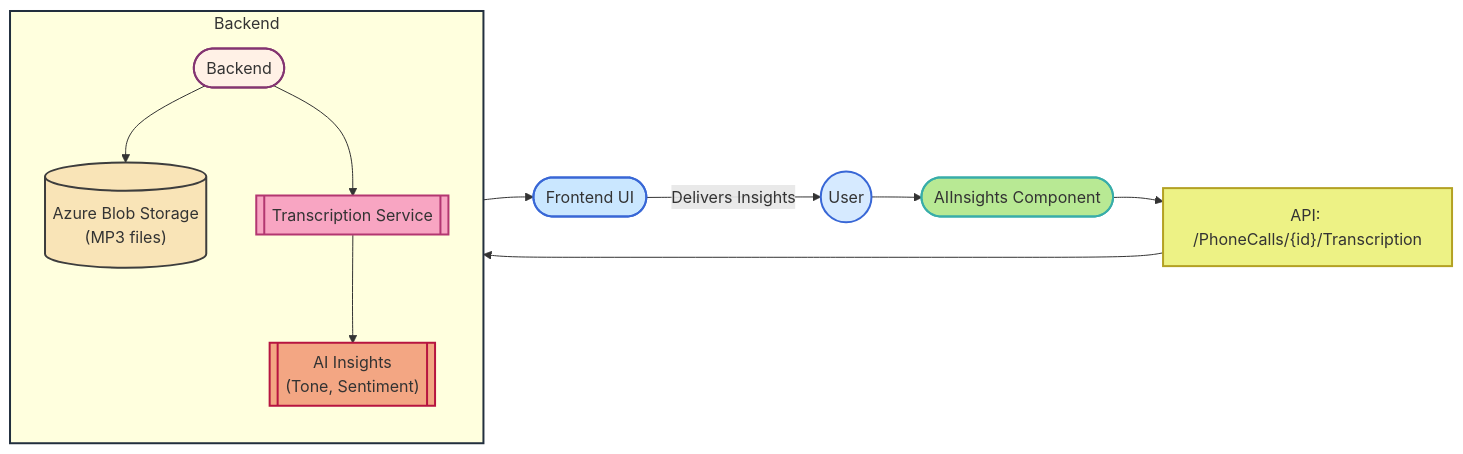
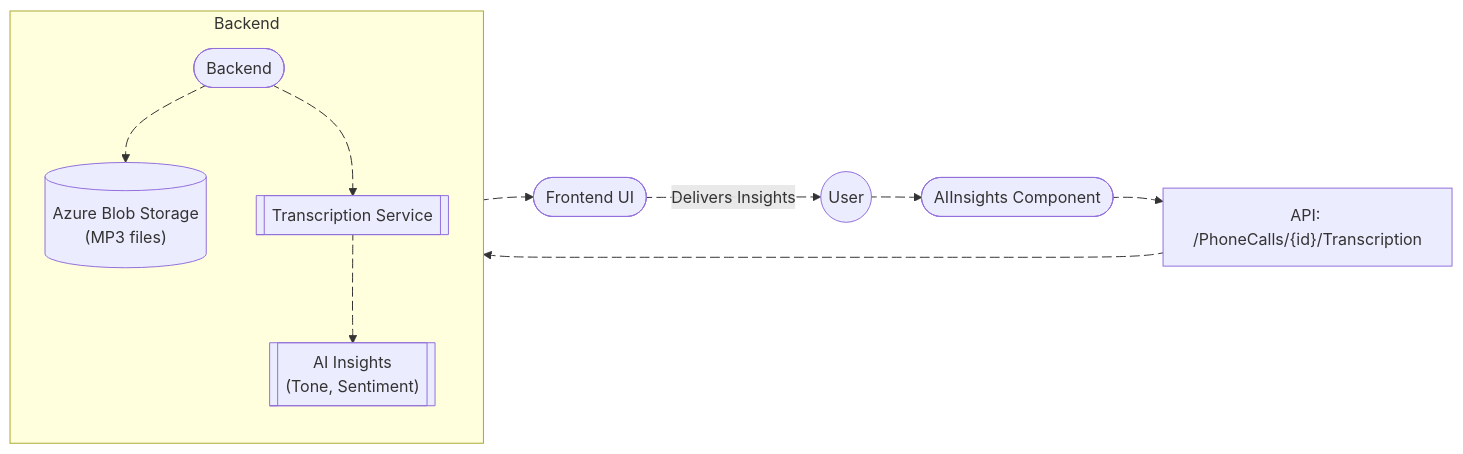
One commit to Harshita-capsitech/EmailDocs changed the first of 2 diagrams in CallTranscription/call_transcription.md. Above: the diagram before and after it, drawn with Mermaid. The commit also changed other lines of this file, not shown here.

Commit message:
minor changes

````diff
--- a/CallTranscription/call_transcription.md
+++ b/CallTranscription/call_transcription.md
@@ -13,38 +13,35 @@
 ```mermaid
 flowchart LR
     %% User entry point
     user(("User"))
     ui(["Frontend UI"])
     aiinsights(["AIInsights Component"])
     api["API: /PhoneCalls/{id}/Transcription"]
 
     subgraph Backend
         direction TB
         be(["Backend"])
         blob[("Azure Blob Storage<br/>(MP3 files)")]
         transcription[["Transcription Service"]]
         insights[["AI Insights<br/>(Tone, Sentiment)"]]
     end
 
-    user --> aiinsights
-    aiinsights --> api
-    api --> be
-    be --> blob
-    be --> transcription
-    transcription --> insights
-    insights --> ui
-    ui -- "Delivers Insights" --> user
+    user e1@--> aiinsights
+    aiinsights e2@--> api
+    api e3@--> be
+    be e4@--> blob
+    be e5@--> transcription
+    transcription e6@--> insights
+    insights e7@--> ui
+    ui e8@-- "Delivers Insights" --> user
 
-    %% Styling
-    style user fill:#d6eaff,stroke:#3867d6,stroke-width:2px
-    style ui fill:#cae7ff,stroke:#3867d6,stroke-width:2px
-    style aiinsights fill:#b8e994,stroke:#38ada9,stroke-width:2px
-    style api fill:#edf285,stroke:#b3a123,stroke-width:2px
-    style be fill:#fff1e6,stroke:#833471,stroke-width:2px
-    style blob fill:#f9e4b7,stroke:#3d3d3d,stroke-width:2px
-    style transcription fill:#f8a5c2,stroke:#b33771,stroke-width:2px
-    style insights fill:#f3a683,stroke:#b71540,stroke-width:2px
-
-    %% Backend Group Styling
-    style Backend stroke:#222f3e,stroke-width:2px
+    %% Animations
+    e1@{ animate: true }
+    e2@{ animate: true }
+    e3@{ animate: true }
+    e4@{ animate: true }
+    e5@{ animate: true }
+    e6@{ animate: true }
+    e7@{ animate: true }
+    e8@{ animate: true }
 ```
````
